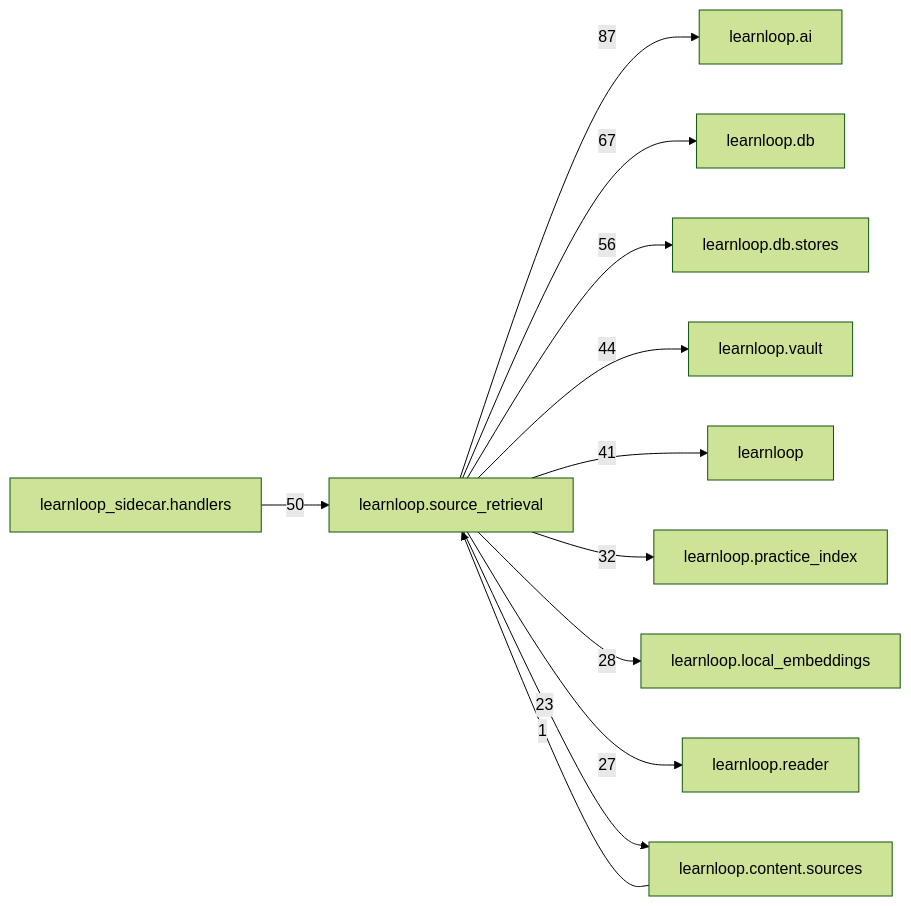
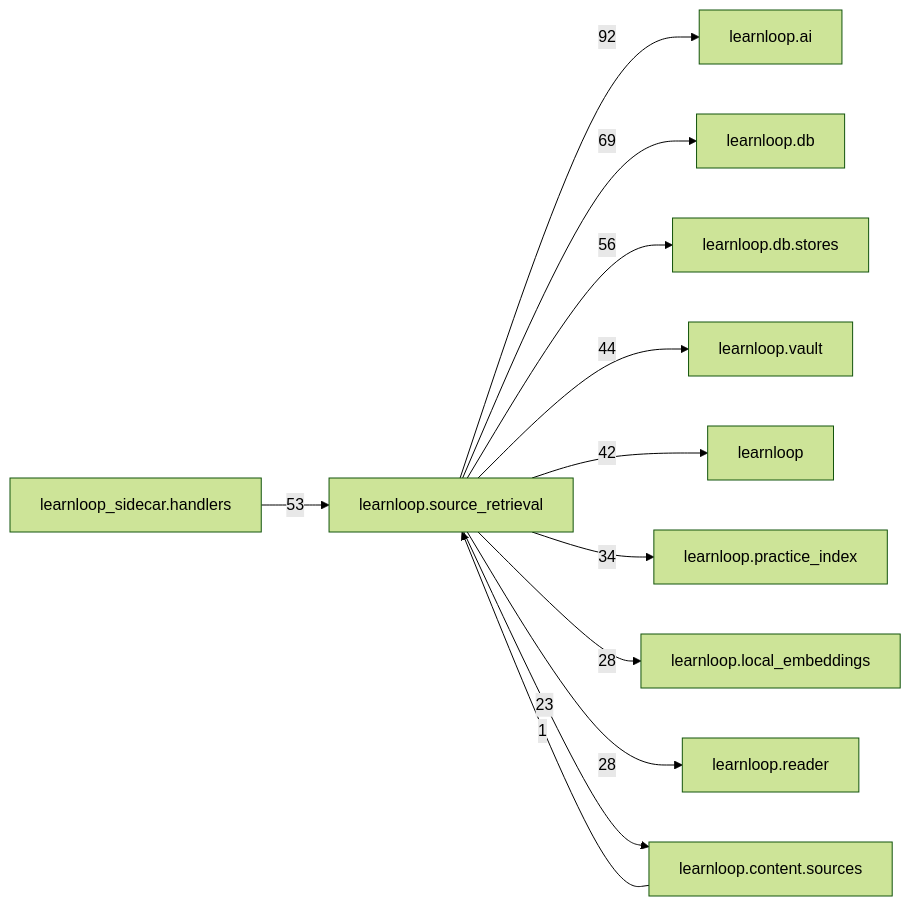
One commit to 6up-b/learnanything changed the diagram in docs/learnloop-architecture-vault/Reference/Modules/learnloop/source_retrieval/_package.md. Above: the diagram before and after it, drawn with Mermaid (forest theme). The commit also changed other lines of this file and 201 other files, not shown here.

````diff
--- a/docs/learnloop-architecture-vault/Reference/Modules/learnloop/source_retrieval/_package.md
+++ b/docs/learnloop-architecture-vault/Reference/Modules/learnloop/source_retrieval/_package.md
@@ -191,25 +195,25 @@
 ```mermaid
 flowchart LR
     center["learnloop.source_retrieval"]
     n_learnloop_ai["learnloop.ai"]
     n_learnloop_db["learnloop.db"]
     n_learnloop_db_stores["learnloop.db.stores"]
     n_learnloop_sidecar_handlers["learnloop_sidecar.handlers"]
     n_learnloop_vault["learnloop.vault"]
     n_learnloop["learnloop"]
     n_learnloop_practice_index["learnloop.practice_index"]
     n_learnloop_local_embeddings["learnloop.local_embeddings"]
     n_learnloop_reader["learnloop.reader"]
     n_learnloop_content_sources["learnloop.content.sources"]
-    center -->|87| n_learnloop_ai
-    center -->|67| n_learnloop_db
+    center -->|92| n_learnloop_ai
+    center -->|69| n_learnloop_db
     center -->|56| n_learnloop_db_stores
-    n_learnloop_sidecar_handlers -->|50| center
+    n_learnloop_sidecar_handlers -->|53| center
     center -->|44| n_learnloop_vault
-    center -->|41| n_learnloop
-    center -->|32| n_learnloop_practice_index
+    center -->|42| n_learnloop
+    center -->|34| n_learnloop_practice_index
     center -->|28| n_learnloop_local_embeddings
-    center -->|27| n_learnloop_reader
+    center -->|28| n_learnloop_reader
     n_learnloop_content_sources -->|1| center
     center -->|23| n_learnloop_content_sources
 ```
````
